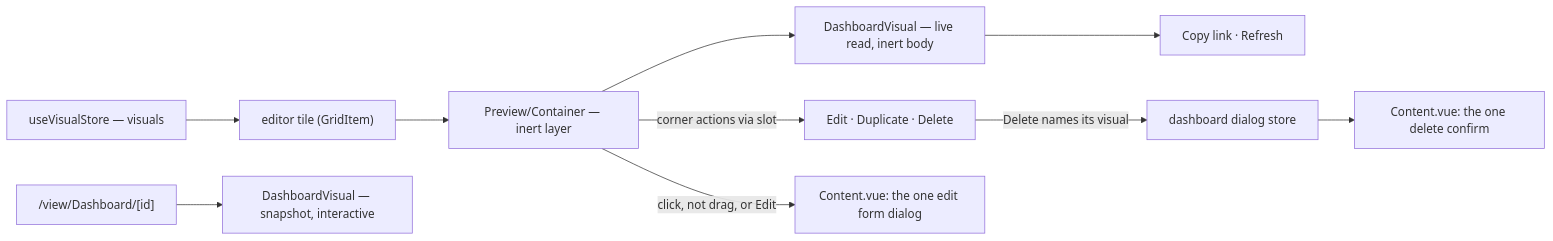
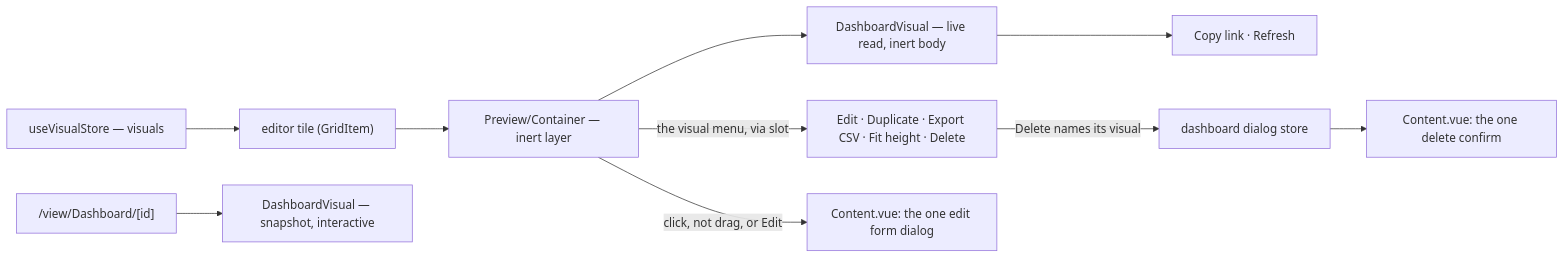
The diagram in openspec/specs/resource/dashboard-live-canvas/design.md (Esposter/Esposter), drawn with Mermaid before and after one commit. The commit also changed other lines of this file and 17 other files, not shown here.

````diff
--- a/openspec/specs/resource/dashboard-live-canvas/design.md
+++ b/openspec/specs/resource/dashboard-live-canvas/design.md
@@ -9,12 +9,12 @@
 ```mermaid
 flowchart LR
   STORE["useVisualStore — visuals"] --> TILE["editor tile (GridItem)"]
   TILE --> CONTAINER["Preview/Container — inert layer"]
   CONTAINER --> VIS["DashboardVisual — live read, inert body"]
-  CONTAINER -->|corner actions via slot| CORNER["Edit · Duplicate · Delete"]
+  CONTAINER -->|"the visual menu, via slot"| CORNER["Edit · Duplicate · Export CSV · Fit height · Delete"]
   VIS --> CORNER2["Copy link · Refresh"]
   CONTAINER -->|"click, not drag, or Edit"| EDIT["Content.vue: the one edit form dialog"]
   CORNER -->|"Delete names its visual"| TARGET["dashboard dialog store"]
   TARGET --> CONFIRM["Content.vue: the one delete confirm"]
   PUB["/view/Dashboard/[id]"] --> VIS2["DashboardVisual — snapshot, interactive"]
 ```
````
